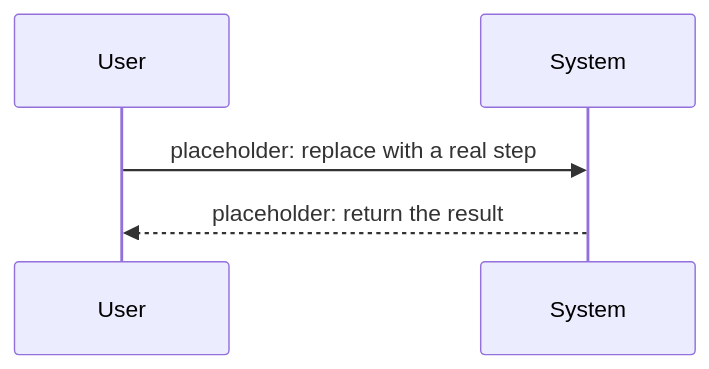
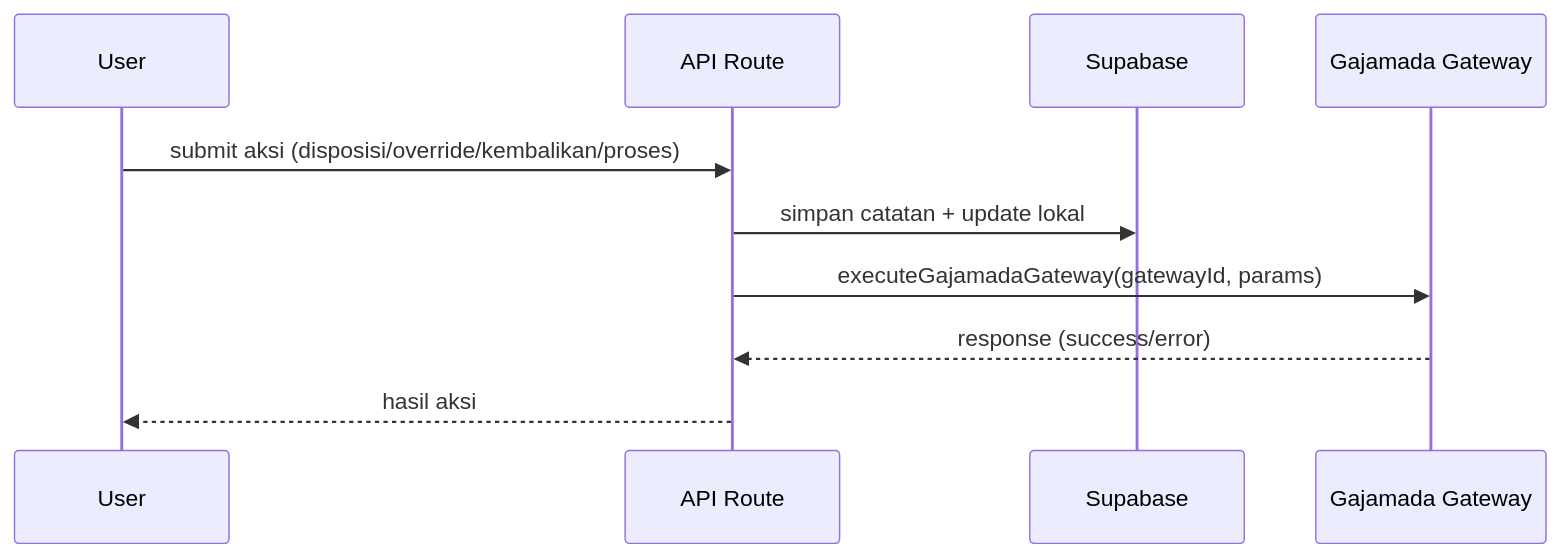
Before and after one commit to Kilodash/e-propam: the third of 3 diagrams in brain/flow.md, drawn with Mermaid. The commit also changed other lines of this file and 28 other files, not shown here.

````diff
--- a/brain/flow.md
+++ b/brain/flow.md
@@ -12,7 +63,13 @@
 ```mermaid
 sequenceDiagram
   participant U as User
-  participant S as System
-  U->>S: placeholder: replace with a real step
-  S-->>U: placeholder: return the result
+  participant API as API Route
+  participant DB as Supabase
+  participant GW as Gajamada Gateway
+
+  U->>API: submit aksi (disposisi/override/kembalikan/proses)
+  API->>DB: simpan catatan + update lokal
+  API->>GW: executeGajamadaGateway(gatewayId, params)
+  GW-->>API: response (success/error)
+  API-->>U: hasil aksi
 ```
````
